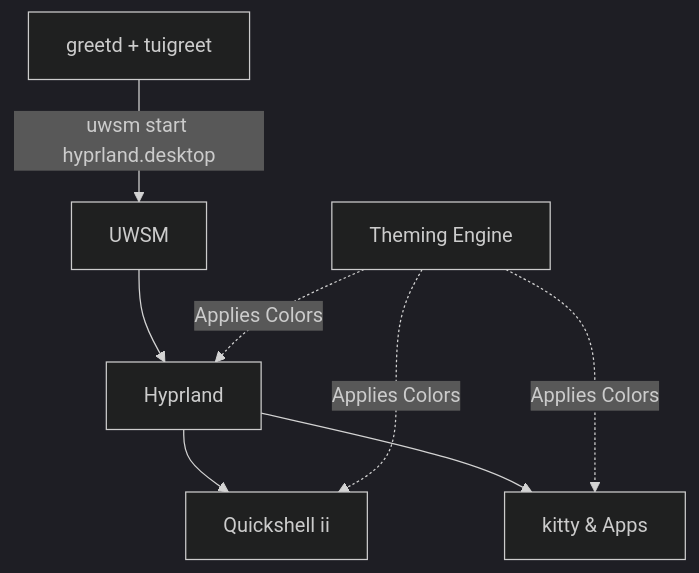
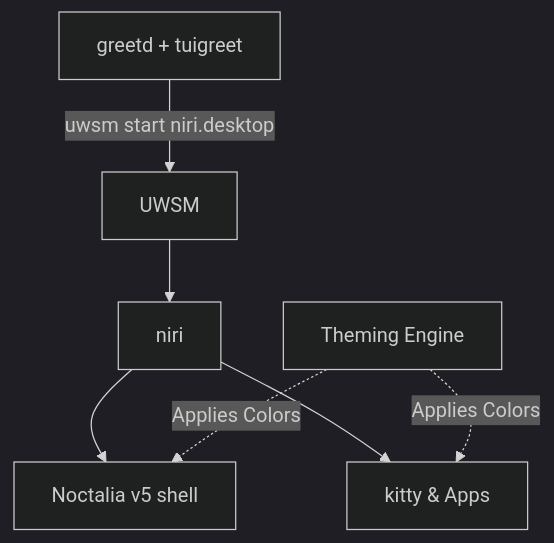
One commit to lowcache/infernalnixos changed the diagram in docs/desktop/index.md. Above: the diagram before and after it, drawn with Mermaid (dark theme). The commit also changed other lines of this file and 1026 other files, not shown here.

First line of the commit message:
desktop: remove Hyprland + ii/quickshell; niri+Noctalia is now the sole desktop

````diff
--- a/docs/desktop/index.md
+++ b/docs/desktop/index.md
@@ -10,10 +10,9 @@
 ```mermaid
 graph TD
-    A[greetd + tuigreet] -->|uwsm start hyprland.desktop| B[UWSM]
-    B --> C[Hyprland]
-    C --> D[Quickshell ii]
+    A[greetd + tuigreet] -->|uwsm start niri.desktop| B[UWSM]
+    B --> C[niri]
+    C --> D[Noctalia v5 shell]
     C --> E[kitty & Apps]
     F[Theming Engine] -.->|Applies Colors| D
-    F -.->|Applies Colors| C
     F -.->|Applies Colors| E
 ```
````
